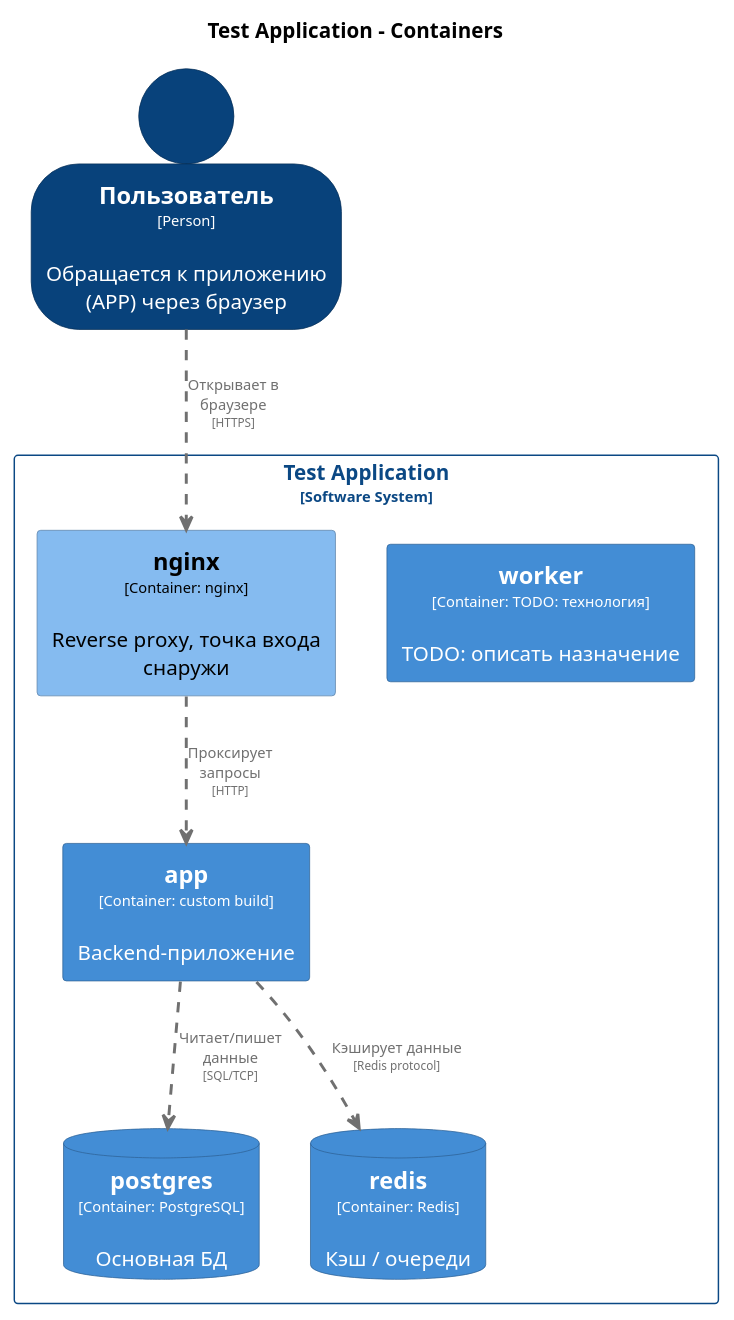
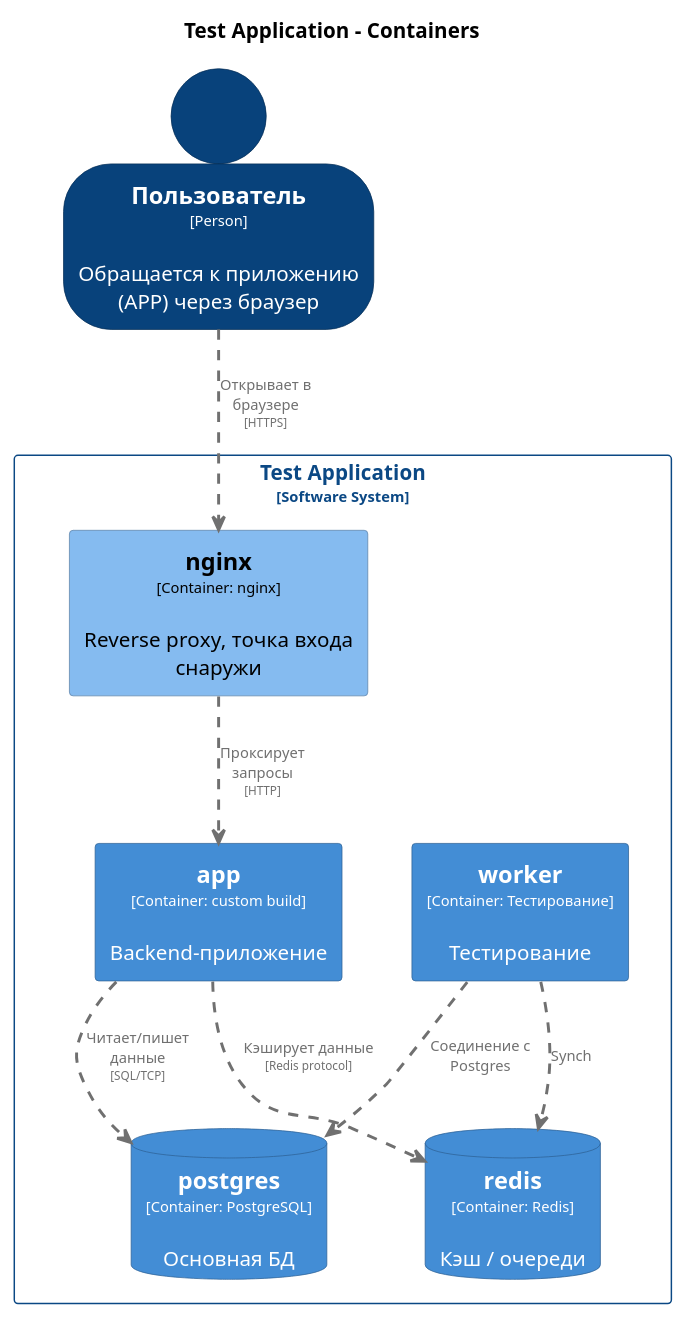
One commit to dmitryimalkov/cicd changed the diagram in architecture/diagrams/structurizr-Containers.puml. Above: the diagram before and after it, drawn with PlantUML. The commit also changed 1 other file, not shown here.

Commit message:
docs: auto-sync architecture with docker-compose

```diff
--- a/architecture/diagrams/structurizr-Containers.puml
+++ b/architecture/diagrams/structurizr-Containers.puml
@@ -1,72 +1,74 @@
 @startuml
 set separator none
 title Test Application - Containers
 
 top to bottom direction
 
 skinparam {
   arrowFontSize 10
   defaultTextAlignment center
   wrapWidth 200
   maxMessageSize 100
 }
 
 hide stereotype
 
 skinparam rectangle<<TestApplication.app>> {
   BackgroundColor #438dd5
   FontColor #ffffff
   BorderColor #2e6295
   shadowing false
 }
 skinparam rectangle<<TestApplication.nginx>> {
   BackgroundColor #85bbf0
   FontColor #000000
   BorderColor #5d82a8
   shadowing false
 }
 skinparam database<<TestApplication.postgres>> {
   BackgroundColor #438dd5
   FontColor #ffffff
   BorderColor #2e6295
   shadowing false
 }
 skinparam database<<TestApplication.redis>> {
   BackgroundColor #438dd5
   FontColor #ffffff
   BorderColor #2e6295
   shadowing false
 }
 skinparam rectangle<<TestApplication.worker>> {
   BackgroundColor #438dd5
   FontColor #ffffff
   BorderColor #2e6295
   shadowing false
 }
 skinparam person<<Пользователь>> {
   BackgroundColor #08427b
   FontColor #ffffff
   BorderColor #052e56
   shadowing false
 }
 skinparam rectangle<<TestApplication>> {
   BorderColor #0b4884
   FontColor #0b4884
   shadowing false
 }
 
 person "==Пользователь\n<size:10>[Person]</size>\n\nОбращается к приложению (APP) через браузер" <<Пользователь>> as Пользователь
 
 rectangle "Test Application\n<size:10>[Software System]</size>" <<TestApplication>> {
-  rectangle "==worker\n<size:10>[Container: TODO: технология]</size>\n\nTODO: описать назначение" <<TestApplication.worker>> as TestApplication.worker
+  rectangle "==worker\n<size:10>[Container: Тестирование]</size>\n\nТестирование" <<TestApplication.worker>> as TestApplication.worker
   rectangle "==nginx\n<size:10>[Container: nginx]</size>\n\nReverse proxy, точка входа снаружи" <<TestApplication.nginx>> as TestApplication.nginx
   rectangle "==app\n<size:10>[Container: custom build]</size>\n\nBackend-приложение" <<TestApplication.app>> as TestApplication.app
   database "==postgres\n<size:10>[Container: PostgreSQL]</size>\n\nОсновная БД" <<TestApplication.postgres>> as TestApplication.postgres
   database "==redis\n<size:10>[Container: Redis]</size>\n\nКэш / очереди" <<TestApplication.redis>> as TestApplication.redis
 }
 
 TestApplication.app .[#707070,thickness=2].> TestApplication.postgres : "<color:#707070>Читает/пишет данные\n<color:#707070><size:8>[SQL/TCP]</size>"
 TestApplication.app .[#707070,thickness=2].> TestApplication.redis : "<color:#707070>Кэширует данные\n<color:#707070><size:8>[Redis protocol]</size>"
+TestApplication.worker .[#707070,thickness=2].> TestApplication.redis : "<color:#707070>Synch"
+TestApplication.worker .[#707070,thickness=2].> TestApplication.postgres : "<color:#707070>Соединение с Postgres"
 Пользователь .[#707070,thickness=2].> TestApplication.nginx : "<color:#707070>Открывает в браузере\n<color:#707070><size:8>[HTTPS]</size>"
 TestApplication.nginx .[#707070,thickness=2].> TestApplication.app : "<color:#707070>Проксирует запросы\n<color:#707070><size:8>[HTTP]</size>"
 @enduml
```
